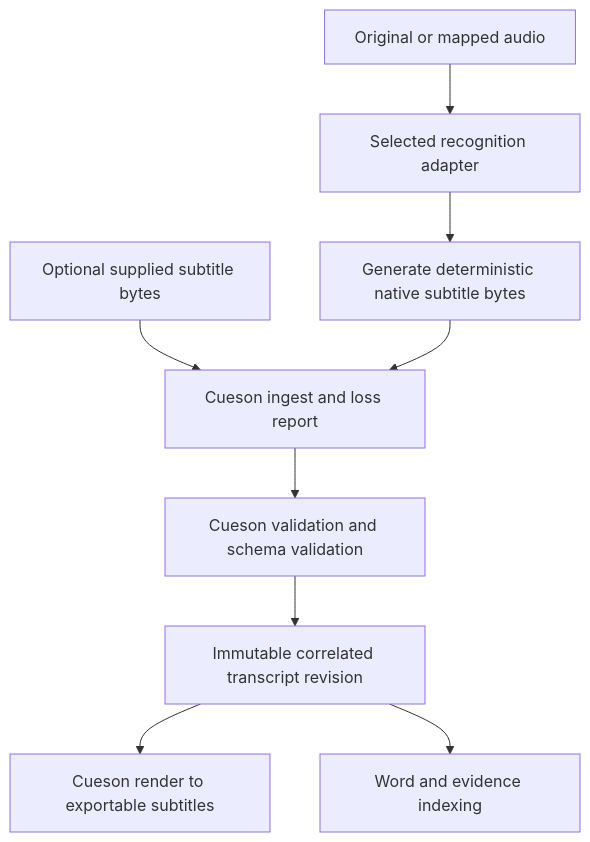
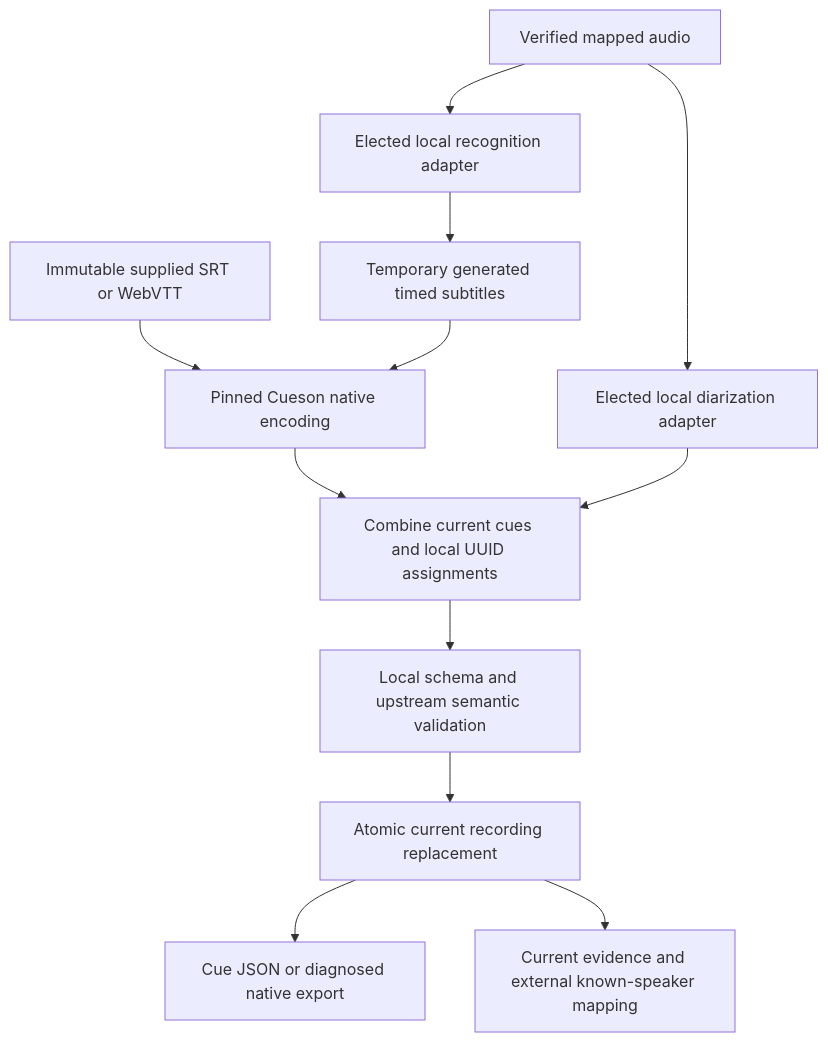
One commit to shruggietech/insonic changed the diagram in docs/v0.0.0/subtitles.md. Above: the diagram before and after it, drawn with Mermaid. The commit also changed other lines of this file and 144 other files, not shown here.

````diff
--- a/docs/v0.0.0/subtitles.md
+++ b/docs/v0.0.0/subtitles.md
@@ -13,11 +13,14 @@
 ```mermaid
 flowchart TB
-  Supplied[Optional supplied subtitle bytes] --> Ingest[Cueson ingest and loss report]
-  Audio[Original or mapped audio] --> ASR[Selected recognition adapter]
-  ASR --> Builder[Generate deterministic native subtitle bytes]
-  Ingest --> Validate[Cueson validation and schema validation]
-  Builder --> Ingest
-  Validate --> Revision[Immutable correlated transcript revision]
-  Revision --> Render[Cueson render to exportable subtitles]
-  Revision --> Index[Word and evidence indexing]
+  Supplied[Immutable supplied SRT or WebVTT] --> Normalize[Pinned Cueson native encoding]
+  Audio[Verified mapped audio] --> Recognition[Elected local recognition adapter]
+  Recognition --> Native[Temporary generated timed subtitles]
+  Native --> Normalize
+  Audio --> Diarization[Elected local diarization adapter]
+  Normalize --> Assemble[Combine current cues and local UUID assignments]
+  Diarization --> Assemble
+  Assemble --> Validate[Local schema and upstream semantic validation]
+  Validate --> Commit[Atomic current recording replacement]
+  Commit --> Export[Cue JSON or diagnosed native export]
+  Commit --> References[Current evidence and external known-speaker mapping]
 ```
````
